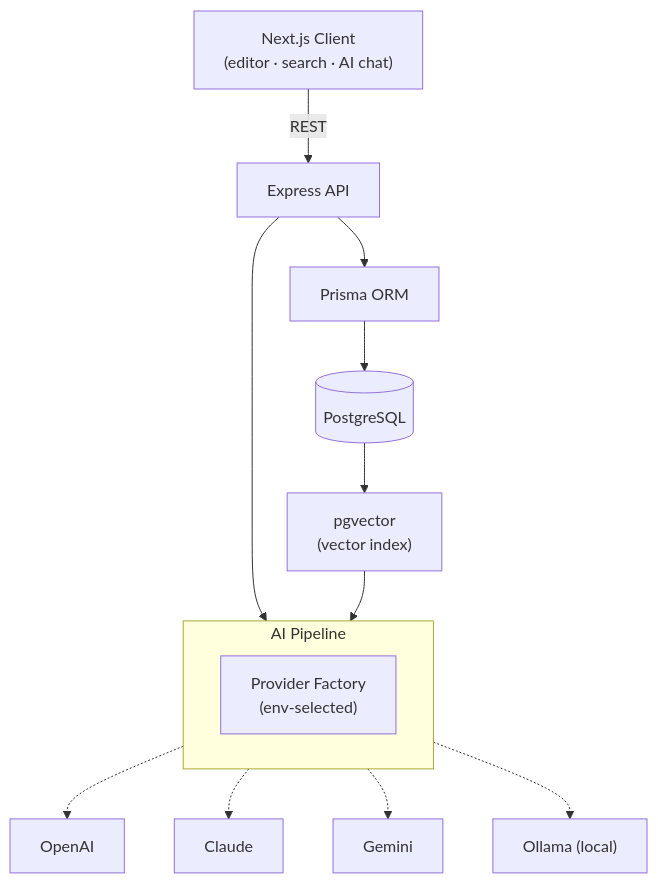
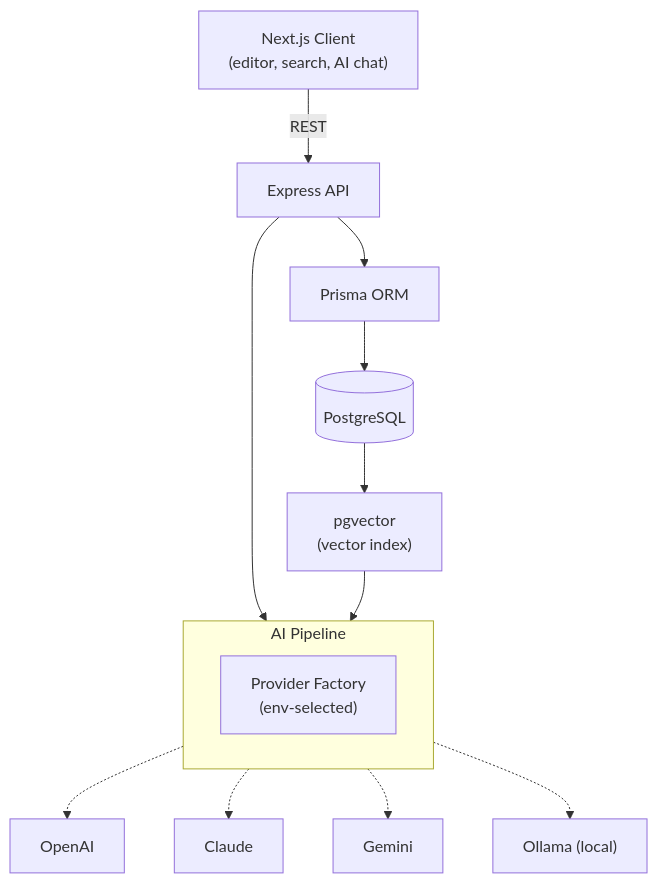
The first of 3 diagrams in README.md (kirbasaylin/workspace-ai), drawn with Mermaid before and after one commit. The commit also changed other lines of this file, not shown here.

````diff
--- a/README.md
+++ b/README.md
@@ -18,19 +22,19 @@
 ```mermaid
 flowchart TD
-    UI["Next.js Client<br/>(editor · search · AI chat)"] -->|REST| API["Express API"]
+    UI["Next.js Client<br/>(editor, search, AI chat)"] -->|REST| API["Express API"]
     API --> Prisma["Prisma ORM"]
     Prisma --> PG[("PostgreSQL")]
     PG --> Vec["pgvector<br/>(vector index)"]
 
     subgraph Pipeline["AI Pipeline"]
       direction LR
       Provider["Provider Factory<br/>(env-selected)"]
     end
 
     API --> Provider
     Provider -.-> OpenAI["OpenAI"]
     Provider -.-> Claude["Claude"]
     Provider -.-> Gemini["Gemini"]
     Provider -.-> Ollama["Ollama (local)"]
     Vec --> Provider
 ```
````
